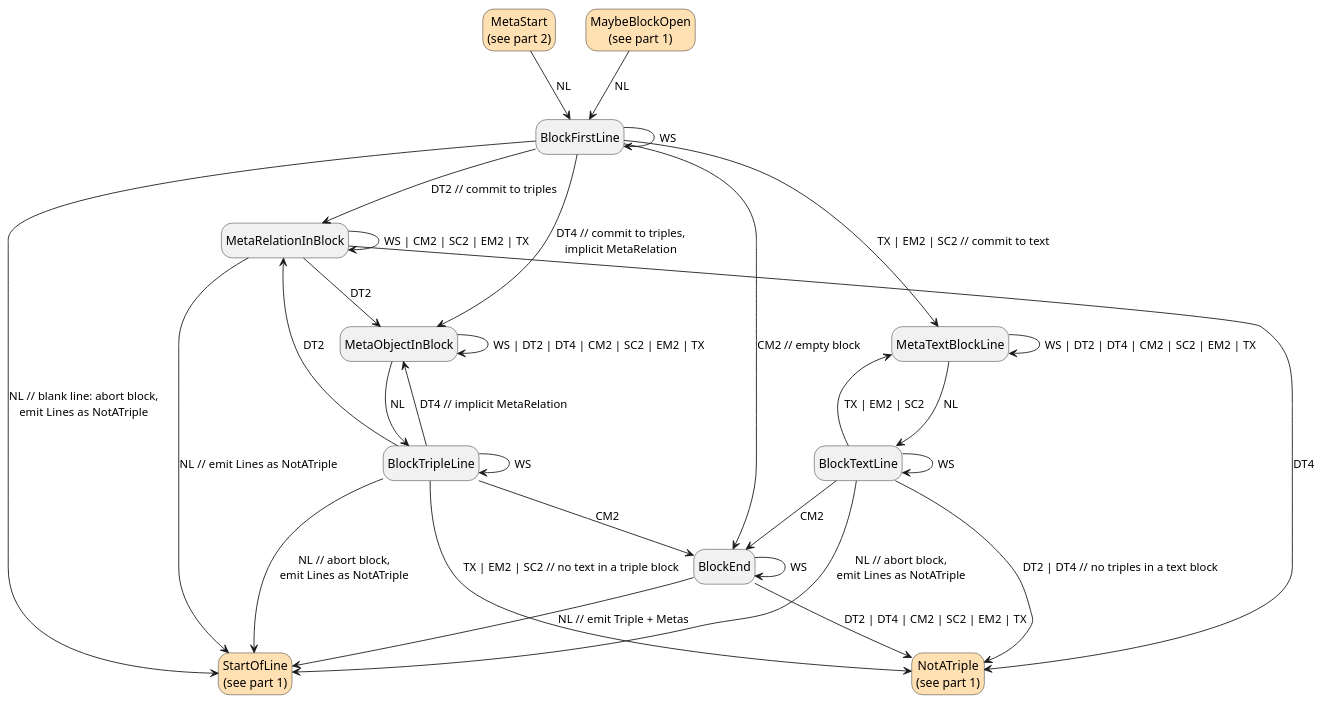
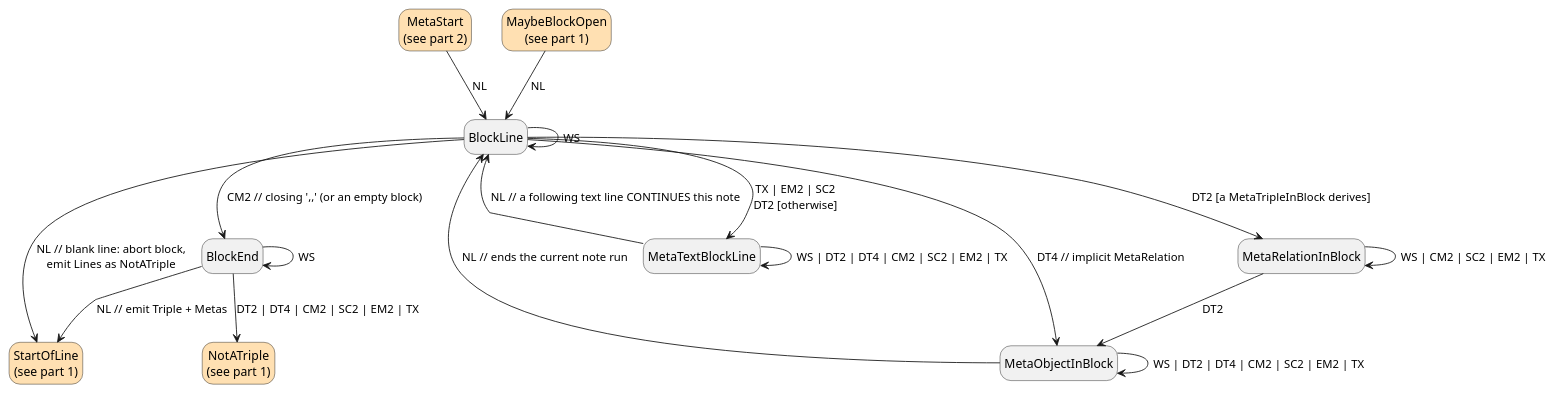
Before and after one commit to Calpano/ddot.it: the sixth of 6 diagrams in site/spec/ddot-it-parse.adoc, drawn with PlantUML. The commit also changed other lines of this file and 1 other file, not shown here.

```diff
--- a/site/spec/ddot-it-parse.adoc
+++ b/site/spec/ddot-it-parse.adoc
@@ -1535,52 +1472,35 @@
 [plantuml]
 ....
 hide empty description
 
 state "MetaStart\n(see part 2)" as MetaStart #ffe0b2
 state "StartOfLine\n(see part 1)" as StartOfLine #ffe0b2
 state "NotATriple\n(see part 1)" as NotATriple #ffe0b2
 state "MaybeBlockOpen\n(see part 1)" as MaybeBlockOpen #ffe0b2
 
 ' --- two ways in: ',,' ending the triple line, or ',,' alone on the next line --
-MetaStart --> BlockFirstLine : NL
-MaybeBlockOpen --> BlockFirstLine : NL
+MetaStart --> BlockLine : NL
+MaybeBlockOpen --> BlockLine : NL
 
-' --- the first line decides triples XOR text -----------------------
-BlockFirstLine --> BlockFirstLine : WS
-BlockFirstLine --> MetaRelationInBlock : DT2 // commit to triples
-BlockFirstLine --> MetaObjectInBlock : DT4 // commit to triples,\nimplicit MetaRelation
-BlockFirstLine --> MetaTextBlockLine : TX | EM2 | SC2 // commit to text
-BlockFirstLine --> BlockEnd : CM2 // empty block
-BlockFirstLine --> StartOfLine : NL // blank line: abort block,\nemit Lines as NotATriple
-
-' --- triples only ------------------------------------------------
-BlockTripleLine --> BlockTripleLine : WS
-BlockTripleLine --> MetaRelationInBlock : DT2
-BlockTripleLine --> MetaObjectInBlock : DT4 // implicit MetaRelation
-BlockTripleLine --> BlockEnd : CM2
-BlockTripleLine --> StartOfLine : NL // abort block,\nemit Lines as NotATriple
-BlockTripleLine --> NotATriple : TX | EM2 | SC2 // no text in a triple block
+' --- every line of the block, first or not, decides for ITSELF ------
+BlockLine --> BlockLine : WS
+BlockLine --> MetaRelationInBlock : DT2 [a MetaTripleInBlock derives]
+BlockLine --> MetaObjectInBlock : DT4 // implicit MetaRelation
+BlockLine --> MetaTextBlockLine : TX | EM2 | SC2\nDT2 [otherwise]
+BlockLine --> BlockEnd : CM2 // closing ',,' (or an empty block)
+BlockLine --> StartOfLine : NL // blank line: abort block,\nemit Lines as NotATriple
 
 MetaRelationInBlock --> MetaRelationInBlock : WS | CM2 | SC2 | EM2 | TX
-MetaRelationInBlock --> StartOfLine : NL // emit Lines as NotATriple
-MetaRelationInBlock --> NotATriple : DT4
 MetaRelationInBlock --> MetaObjectInBlock : DT2
 
 MetaObjectInBlock --> MetaObjectInBlock : WS | DT2 | DT4 | CM2 | SC2 | EM2 | TX
-MetaObjectInBlock --> BlockTripleLine : NL
-
-' --- text only ---------------------------------------------------
-BlockTextLine --> BlockTextLine : WS
-BlockTextLine --> MetaTextBlockLine : TX | EM2 | SC2
-BlockTextLine --> BlockEnd : CM2
-BlockTextLine --> StartOfLine : NL // abort block,\nemit Lines as NotATriple
-BlockTextLine --> NotATriple : DT2 | DT4 // no triples in a text block
+MetaObjectInBlock --> BlockLine : NL // ends the current note run
 
 MetaTextBlockLine --> MetaTextBlockLine : WS | DT2 | DT4 | CM2 | SC2 | EM2 | TX
-MetaTextBlockLine --> BlockTextLine : NL
+MetaTextBlockLine --> BlockLine : NL // a following text line CONTINUES this note
 
 ' --- closing CM2 -------------------------------------------------
 BlockEnd --> BlockEnd : WS
 BlockEnd --> StartOfLine : NL // emit Triple + Metas
 BlockEnd --> NotATriple : DT2 | DT4 | CM2 | SC2 | EM2 | TX
 ....
```
